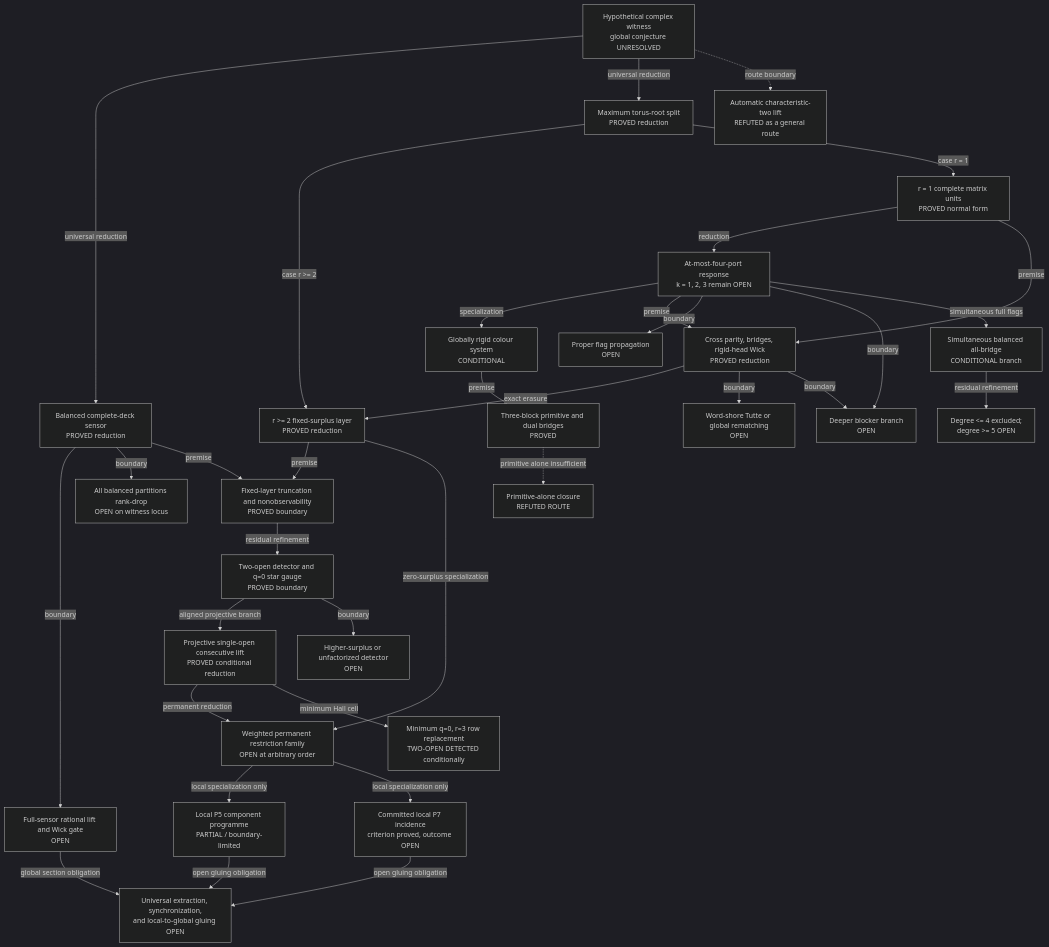
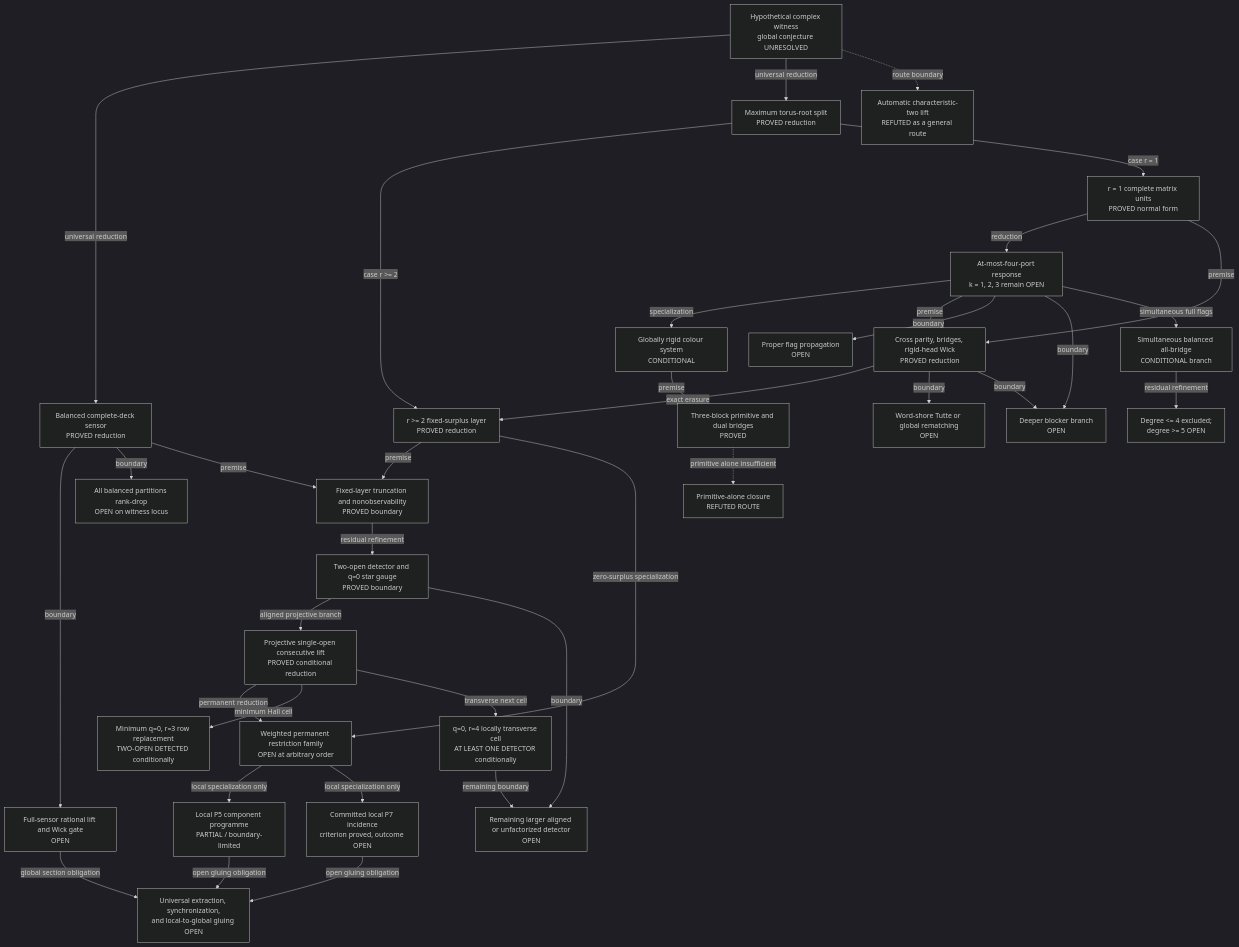
Before and after one commit to YesterdaysLemon/krenn-gu-research: the diagram in docs/current-frontier.md, drawn with Mermaid (dark theme). The commit also changed other lines of this file and 6 other files, not shown here.

Commit message:
Prove transverse four-cell detector (#86)

````diff
--- a/docs/current-frontier.md
+++ b/docs/current-frontier.md
@@ -43,72 +43,75 @@
 ```mermaid
 flowchart TD
   G0["Hypothetical complex witness<br/>global conjecture UNRESOLVED"]
 
   S1["Balanced complete-deck sensor<br/>PROVED reduction"]
   S2["Full-sensor rational lift and Wick gate<br/>OPEN"]
   S3["All balanced partitions rank-drop<br/>OPEN on witness locus"]
 
   M1["Maximum torus-root split<br/>PROVED reduction"]
   M2["r >= 2 fixed-surplus layer<br/>PROVED reduction"]
   PR["Weighted permanent restriction family<br/>OPEN at arbitrary order"]
   O1["Fixed-layer truncation and nonobservability<br/>PROVED boundary"]
   O2["Two-open detector and q=0 star gauge<br/>PROVED boundary"]
   O2P["Projective single-open consecutive lift<br/>PROVED conditional reduction"]
   O2M["Minimum q=0, r=3 row replacement<br/>TWO-OPEN DETECTED conditionally"]
-  O3["Higher-surplus or unfactorized detector<br/>OPEN"]
+  O2T["q=0, r=4 locally transverse cell<br/>AT LEAST ONE DETECTOR conditionally"]
+  O3["Remaining larger aligned or unfactorized detector<br/>OPEN"]
 
   U1["r = 1 complete matrix units<br/>PROVED normal form"]
   U2["At-most-four-port response<br/>k = 1, 2, 3 remain OPEN"]
   U3["Globally rigid colour system<br/>CONDITIONAL"]
   U4["Three-block primitive and dual bridges<br/>PROVED"]
   U5["Primitive-alone closure<br/>REFUTED ROUTE"]
   U6["Cross parity, bridges, rigid-head Wick<br/>PROVED reduction"]
   U7["Word-shore Tutte or global rematching<br/>OPEN"]
   U8["Proper flag propagation<br/>OPEN"]
   D1["Deeper blocker branch<br/>OPEN"]
 
   A1["Simultaneous balanced all-bridge<br/>CONDITIONAL branch"]
   A2["Degree <= 4 excluded;<br/>degree >= 5 OPEN"]
 
   P5["Local P5 component programme<br/>PARTIAL / boundary-limited"]
   P7["Committed local P7 incidence<br/>criterion proved, outcome OPEN"]
   GL["Universal extraction, synchronization,<br/>and local-to-global gluing OPEN"]
   C2["Automatic characteristic-two lift<br/>REFUTED as a general route"]
 
   G0 -->|universal reduction| S1
   S1 -->|boundary| S2
   S1 -->|boundary| S3
 
   G0 -->|universal reduction| M1
   M1 -->|case r >= 2| M2
   M1 -->|case r = 1| U1
   S1 -->|premise| O1
   M2 -->|premise| O1
   O1 -->|residual refinement| O2
   O2 -->|aligned projective branch| O2P
   O2P -->|permanent reduction| PR
   O2P -->|minimum Hall cell| O2M
+  O2P -->|transverse next cell| O2T
+  O2T -->|remaining boundary| O3
   O2 -->|boundary| O3
   M2 -->|zero-surplus specialization| PR
 
   U1 -->|reduction| U2
   U2 -->|specialization| U3
   U3 -->|premise| U4
   U4 -. primitive alone insufficient .-> U5
   U1 -->|premise| U6
   U2 -->|premise| U6
   U6 -->|exact erasure| M2
   U6 -->|boundary| U7
   U2 -->|boundary| U8
   U2 -->|boundary| D1
   U6 -->|boundary| D1
   U2 -->|simultaneous full flags| A1
   A1 -->|residual refinement| A2
 
   PR -->|local specialization only| P5
   PR -->|local specialization only| P7
   P5 -->|open gluing obligation| GL
   P7 -->|open gluing obligation| GL
   S2 -->|global section obligation| GL
   G0 -. route boundary .-> C2
 ```
````
